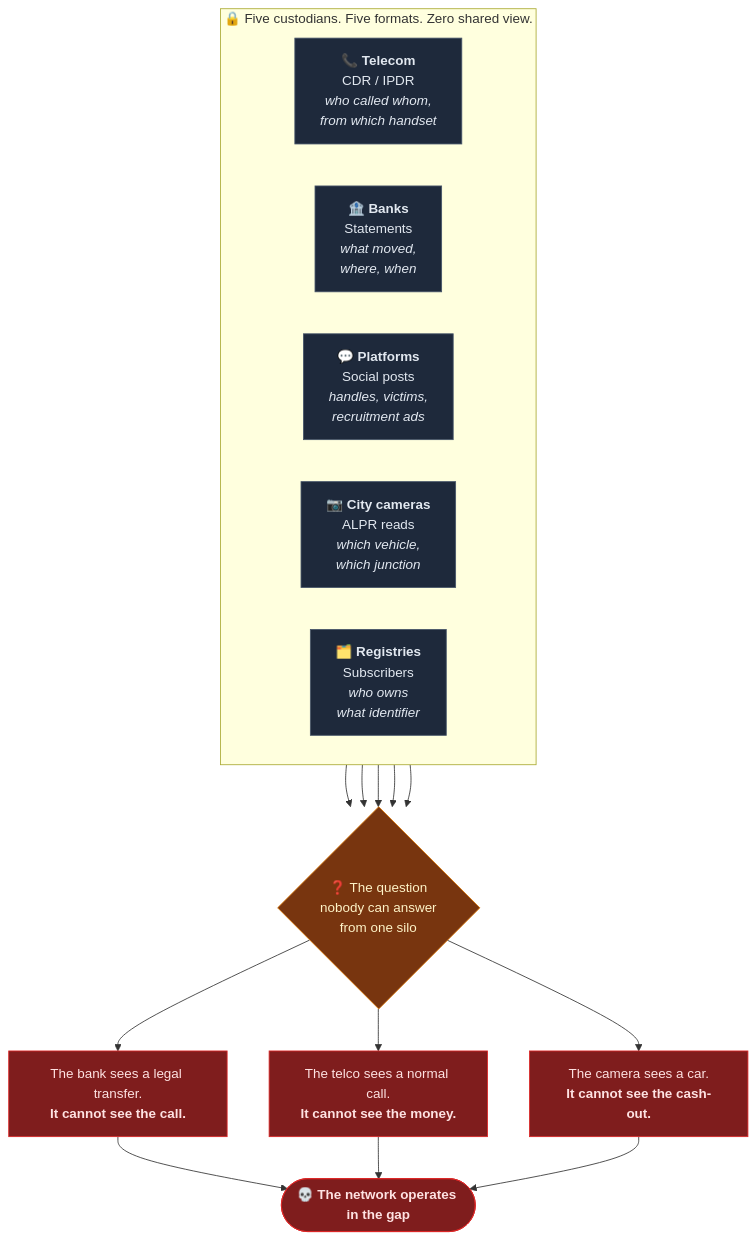
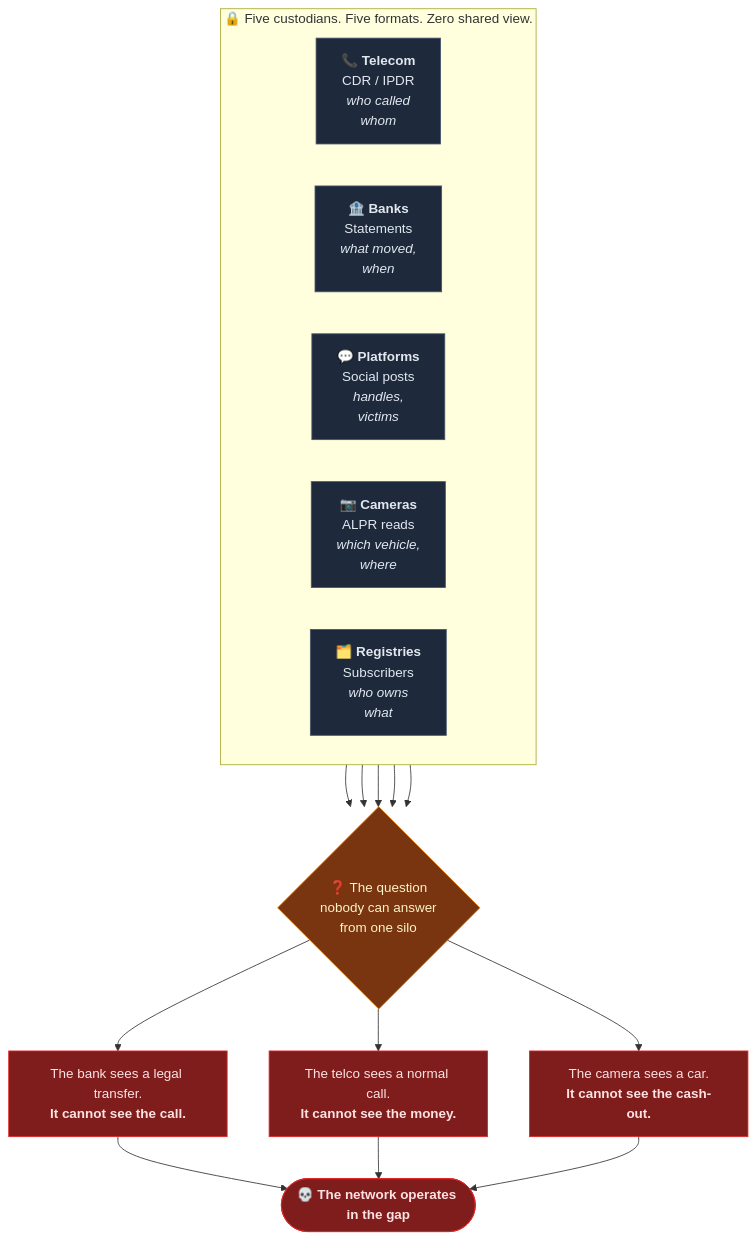
One commit to rakeshselvaraj0108/TLN changed the first of 15 diagrams in README.md. Above: the diagram before and after it, drawn with Mermaid. The commit also changed other lines of this file, not shown here.

First line of the commit message:
Rebuild the README diagrams to be readable at GitHub's column width

````diff
--- a/README.md
+++ b/README.md
@@ -58,32 +58,32 @@
 ```mermaid
 flowchart TB
     subgraph SILOS["🔒 Five custodians. Five formats. Zero shared view."]
         direction LR
-        T["📞 <b>Telecom</b><br/>CDR / IPDR<br/><i>who called whom,<br/>from which handset</i>"]
-        B["🏦 <b>Banks</b><br/>Statements<br/><i>what moved,<br/>where, when</i>"]
-        S["💬 <b>Platforms</b><br/>Social posts<br/><i>handles, victims,<br/>recruitment ads</i>"]
-        C["📷 <b>City cameras</b><br/>ALPR reads<br/><i>which vehicle,<br/>which junction</i>"]
-        R["🗂️ <b>Registries</b><br/>Subscribers<br/><i>who owns<br/>what identifier</i>"]
+        T["📞 <b>Telecom</b><br/>CDR / IPDR<br/><i>who called<br/>whom</i>"]
+        B["🏦 <b>Banks</b><br/>Statements<br/><i>what moved,<br/>when</i>"]
+        S["💬 <b>Platforms</b><br/>Social posts<br/><i>handles,<br/>victims</i>"]
+        C["📷 <b>Cameras</b><br/>ALPR reads<br/><i>which vehicle,<br/>where</i>"]
+        R["🗂️ <b>Registries</b><br/>Subscribers<br/><i>who owns<br/>what</i>"]
     end
 
     T --> Q{"❓ The question<br/>nobody can answer<br/>from one silo"}
     B --> Q
     S --> Q
     C --> Q
     R --> Q
 
     Q --> A1["The bank sees a legal transfer.<br/><b>It cannot see the call.</b>"]
     Q --> A2["The telco sees a normal call.<br/><b>It cannot see the money.</b>"]
     Q --> A3["The camera sees a car.<br/><b>It cannot see the cash-out.</b>"]
 
     A1 --> X(["💀 <b>The network operates in the gap</b>"])
     A2 --> X
     A3 --> X
 
     classDef silo fill:#1e293b,stroke:#475569,color:#e2e8f0
     classDef fail fill:#7f1d1d,stroke:#dc2626,color:#fee2e2
     classDef q fill:#78350f,stroke:#d97706,color:#fef3c7
     class T,B,S,C,R silo
     class A1,A2,A3,X fail
     class Q q
 ```
````
